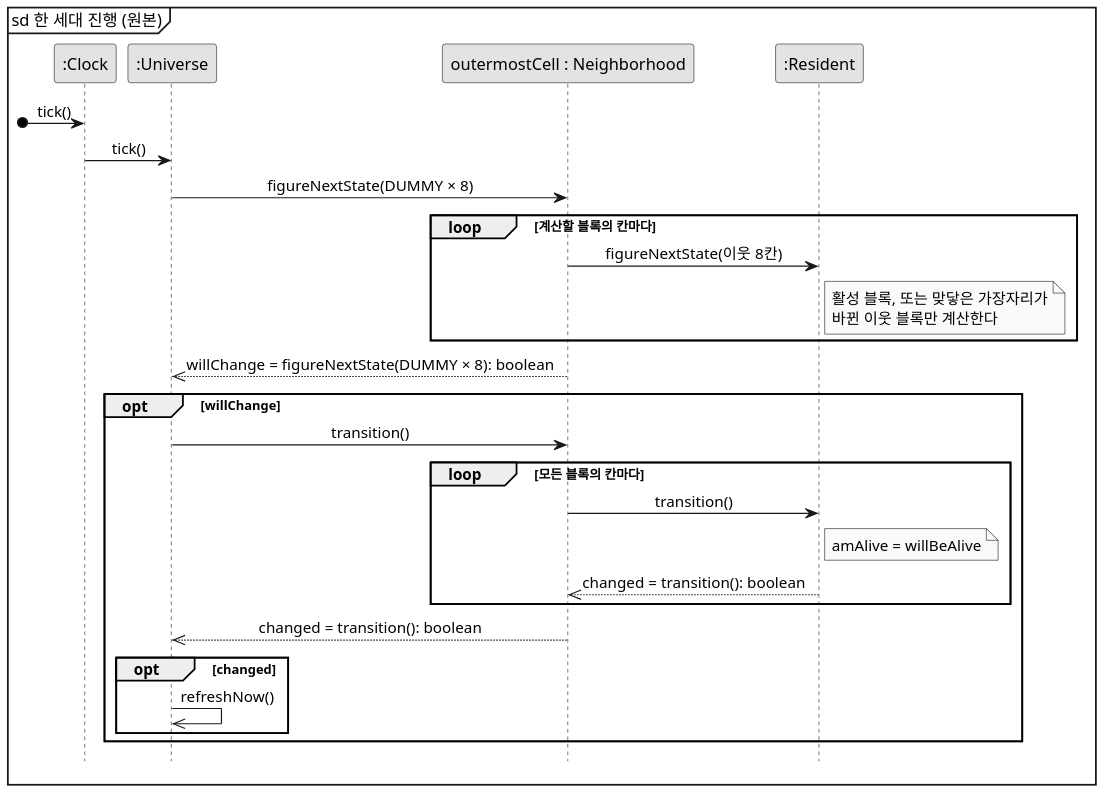
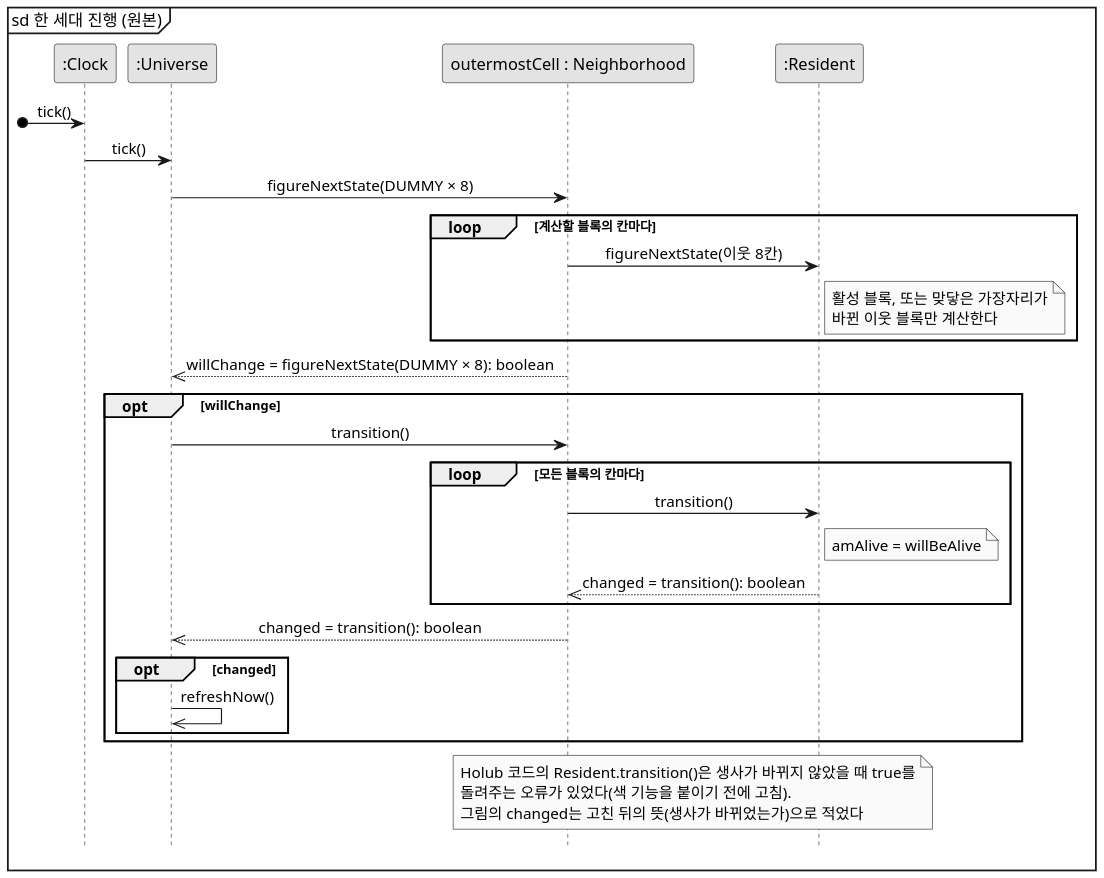
Before and after one commit to mckimR1972/DP_team_project: the diagram in docs/color-gen/diagrams/sd-tick-before.puml, drawn with PlantUML. The commit also changed 6 other files, not shown here.

Commit message:
docs: 클래스 다이어그램 멤버에 타입과 다중성을 적고 원본 기준을 Holub 코드로 바꾸며 원본 시퀀스 다이어그램에 transition() 오류 노트를 더함

```diff
--- a/docs/color-gen/diagrams/sd-tick-before.puml
+++ b/docs/color-gen/diagrams/sd-tick-before.puml
@@ -1,36 +1,41 @@
 @startuml sd-tick-before
 skinparam monochrome true
 skinparam dpi 150
 skinparam shadowing false
 skinparam defaultFontName "Malgun Gothic"
 skinparam sequenceMessageAlign center
 hide footbox
 mainframe sd 한 세대 진행 (원본)
 
 participant ":Clock" as C
 participant ":Universe" as U
 participant "outermostCell : Neighborhood" as N
 participant ":Resident" as R
 
 [o-> C : tick()
 C -> U : tick()
 U -> N : figureNextState(DUMMY × 8)
 loop 계산할 블록의 칸마다
   N -> R : figureNextState(이웃 8칸)
   note right of R : 활성 블록, 또는 맞닿은 가장자리가\n바뀐 이웃 블록만 계산한다
 end
 N -->> U : willChange = figureNextState(DUMMY × 8): boolean
 
 opt willChange
   U -> N : transition()
   loop 모든 블록의 칸마다
     N -> R : transition()
     note right of R : amAlive = willBeAlive
     R -->> N : changed = transition(): boolean
   end
   N -->> U : changed = transition(): boolean
   opt changed
     U ->> U : refreshNow()
   end
 end
+note over N, R
+  Holub 코드의 Resident.transition()은 생사가 바뀌지 않았을 때 true를
+  돌려주는 오류가 있었다(색 기능을 붙이기 전에 고침).
+  그림의 changed는 고친 뒤의 뜻(생사가 바뀌었는가)으로 적었다
+end note
 @enduml
```
